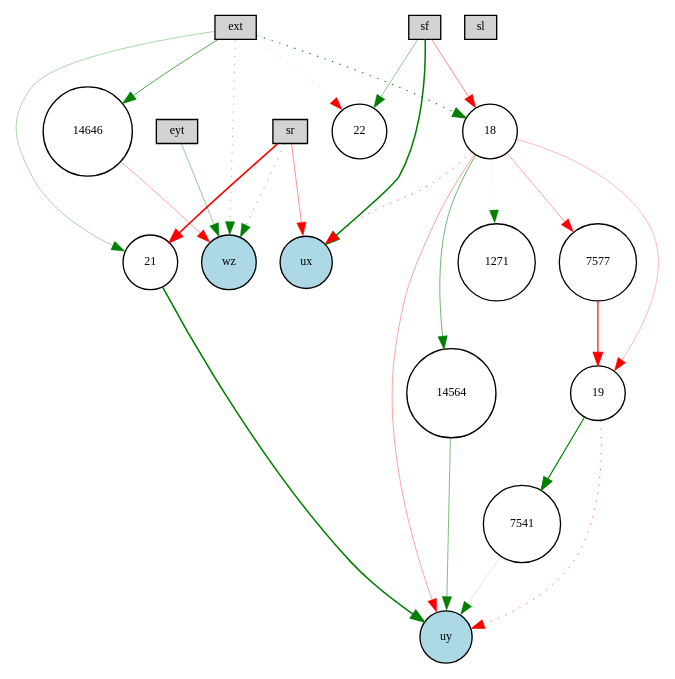
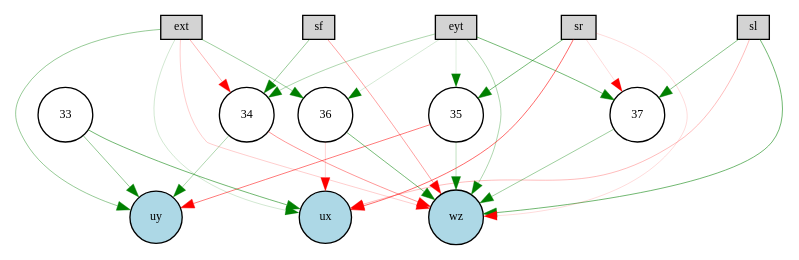
The diagram in pictures/winner-feedforward.gv (KaiL4eK/autopilot_simulator), drawn with Graphviz before and after one commit. The commit also changed 9 other files, not shown here.

```diff
--- a/pictures/winner-feedforward.gv
+++ b/pictures/winner-feedforward.gv
@@ -1,45 +1,44 @@
 digraph {
 	node [fontsize=9 height=0.2 shape=circle width=0.2]
 	ext [fillcolor=lightgray shape=box style=filled]
 	eyt [fillcolor=lightgray shape=box style=filled]
 	sf [fillcolor=lightgray shape=box style=filled]
 	sl [fillcolor=lightgray shape=box style=filled]
 	sr [fillcolor=lightgray shape=box style=filled]
 	ux [fillcolor=lightblue style=filled]
 	uy [fillcolor=lightblue style=filled]
 	wz [fillcolor=lightblue style=filled]
-	14564 [fillcolor=white style=filled]
-	18 [fillcolor=white style=filled]
-	19 [fillcolor=white style=filled]
-	21 [fillcolor=white style=filled]
-	22 [fillcolor=white style=filled]
-	14646 [fillcolor=white style=filled]
-	7541 [fillcolor=white style=filled]
-	7577 [fillcolor=white style=filled]
-	1271 [fillcolor=white style=filled]
-	sr -> ux [color=red penwidth=0.32596846937603585 style=solid]
-	18 -> ux [color=red penwidth=0.48722732365784804 style=dotted]
-	14646 -> wz [color=red penwidth=0.26655597327543645 style=solid]
-	sf -> 18 [color=red penwidth=0.35506785056532153 style=solid]
-	ext -> 21 [color=green penwidth=0.24983895389489993 style=solid]
-	7541 -> uy [color=green penwidth=0.10616075315724288 style=solid]
-	eyt -> wz [color=green penwidth=0.3067050683183168 style=solid]
-	ext -> 14646 [color=green penwidth=0.5061141299257766 style=solid]
-	sf -> 22 [color=green penwidth=0.32360828938902175 style=solid]
-	18 -> 19 [color=red penwidth=0.2119253081495788 style=solid]
-	sf -> ux [color=green penwidth=1.1490594064385515 style=solid]
-	ext -> wz [color=green penwidth=0.3067454961545909 style=dotted]
-	14564 -> uy [color=green penwidth=0.3824545898066207 style=solid]
-	18 -> uy [color=red penwidth=0.2706785797408001 style=solid]
-	19 -> 7541 [color=green penwidth=0.8273764257475117 style=solid]
-	ext -> 18 [color=green penwidth=0.7778302140798025 style=dotted]
-	18 -> 7577 [color=red penwidth=0.27746941382370627 style=solid]
-	sr -> 21 [color=red penwidth=1.2130404141952609 style=solid]
-	21 -> uy [color=green penwidth=1.1819578524063292 style=solid]
-	7577 -> 19 [color=red penwidth=0.8752131176867743 style=solid]
-	18 -> 14564 [color=green penwidth=0.41950002250762153 style=solid]
-	ext -> 22 [color=red penwidth=0.1543304136717807 style=dotted]
-	sr -> wz [color=green penwidth=0.38972962524472665 style=dotted]
-	19 -> uy [color=red penwidth=0.45732762777134806 style=dotted]
-	18 -> 1271 [color=green penwidth=0.1435600578442633 style=dotted]
+	35 [fillcolor=white style=filled]
+	36 [fillcolor=white style=filled]
+	37 [fillcolor=white style=filled]
+	33 [fillcolor=white style=filled]
+	34 [fillcolor=white style=filled]
+	sr -> ux [color=red penwidth=0.43883094619151697 style=solid]
+	eyt -> wz [color=green penwidth=0.24160920987310702 style=solid]
+	35 -> uy [color=red penwidth=0.3861535466267372 style=solid]
+	ext -> 36 [color=green penwidth=0.28515593279044255 style=solid]
+	ext -> ux [color=green penwidth=0.14255098095218316 style=solid]
+	eyt -> 35 [color=green penwidth=0.10072252561200136 style=solid]
+	ext -> wz [color=red penwidth=0.14523654600680602 style=solid]
+	35 -> wz [color=green penwidth=0.18990469092241202 style=solid]
+	sl -> wz [color=green penwidth=0.41893037419815216 style=solid]
+	sf -> 34 [color=green penwidth=0.30565812315111274 style=solid]
+	sl -> ux [color=red penwidth=0.19811080218607147 style=solid]
+	34 -> wz [color=red penwidth=0.31315771684293586 style=solid]
+	eyt -> 36 [color=green penwidth=0.13344221326465278 style=solid]
+	37 -> wz [color=green penwidth=0.2906920474555458 style=solid]
+	sr -> wz [color=red penwidth=0.11426997388430933 style=solid]
+	sl -> 37 [color=green penwidth=0.34633044541426594 style=solid]
+	ext -> uy [color=green penwidth=0.30956823590462396 style=solid]
+	eyt -> 34 [color=green penwidth=0.23500424477368367 style=solid]
+	34 -> uy [color=green penwidth=0.23662512609982841 style=solid]
+	33 -> uy [color=green penwidth=0.3206143571714114 style=solid]
+	ext -> 34 [color=red penwidth=0.21521780920395897 style=solid]
+	sf -> wz [color=red penwidth=0.2781473019587396 style=solid]
+	eyt -> 37 [color=green penwidth=0.40752791579759506 style=solid]
+	sr -> 37 [color=red penwidth=0.11140393208824789 style=solid]
+	36 -> wz [color=green penwidth=0.4013647422997233 style=solid]
+	33 -> ux [color=green penwidth=0.4218397776708419 style=solid]
+	sr -> 35 [color=green penwidth=0.40061718036582594 style=solid]
+	36 -> ux [color=red penwidth=0.125414781868812 style=solid]
 }
```
